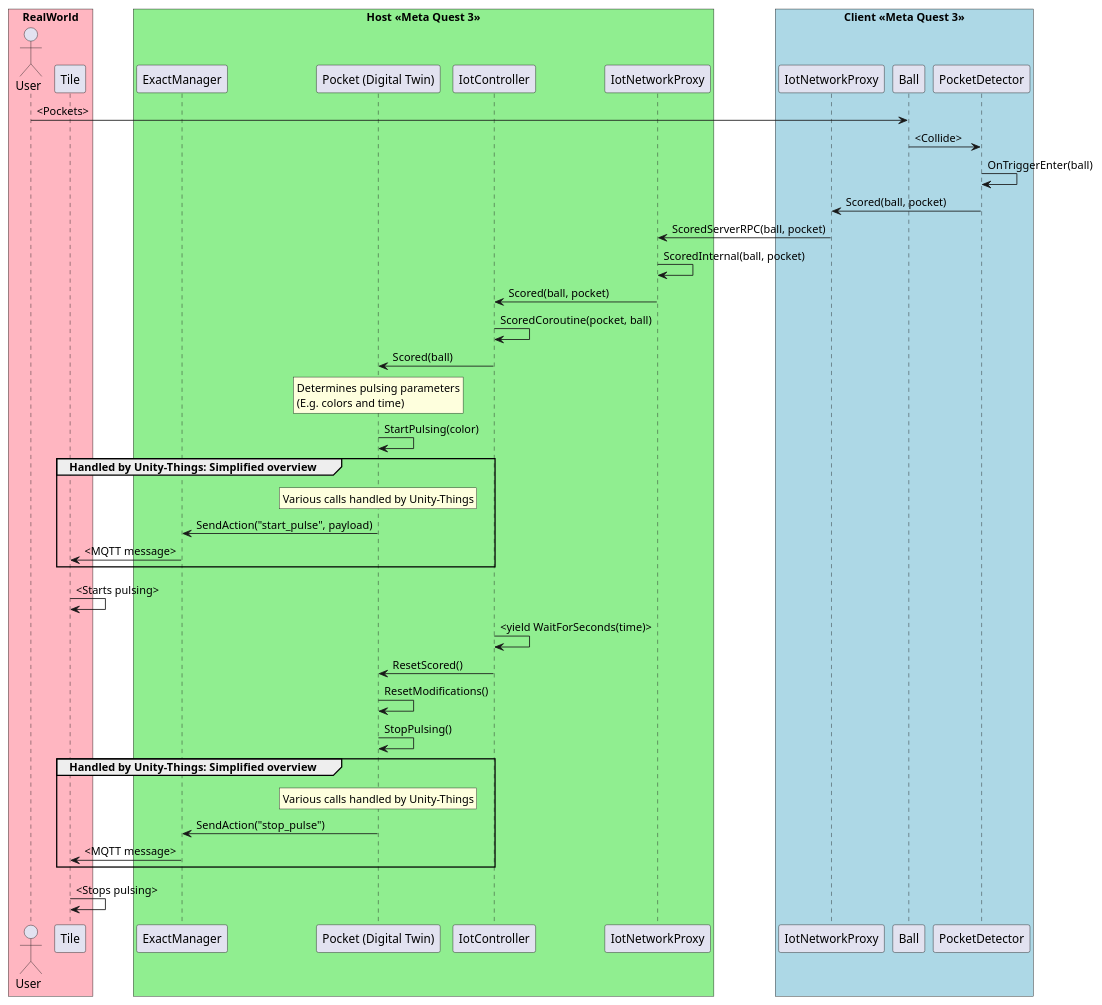
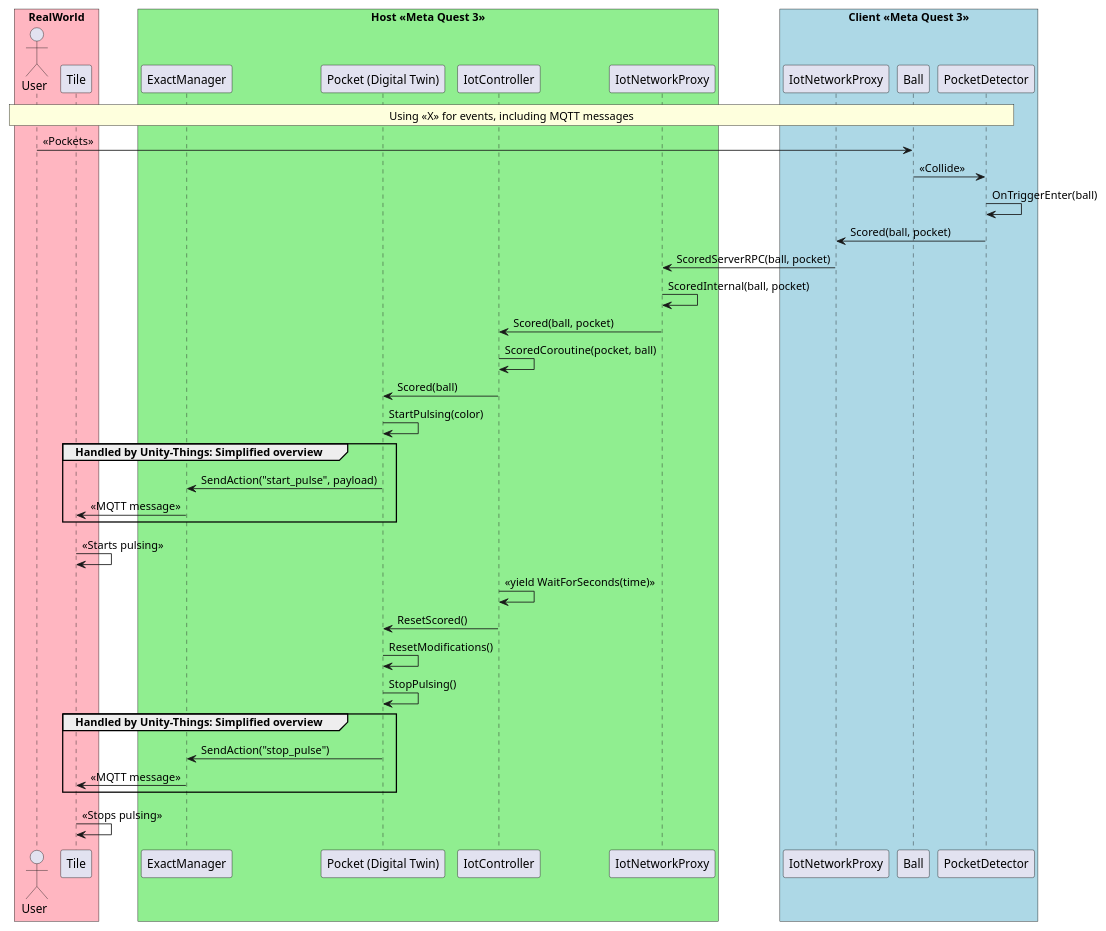
One commit to JorgenMartin/MRIoT changed the diagram in docs/sequenceNARO.puml. Above: the diagram before and after it, drawn with PlantUML. The commit also changed 9 other files, not shown here.

Commit message:
docs: update with diagram changes from the thesis

```diff
--- a/docs/sequenceNARO.puml
+++ b/docs/sequenceNARO.puml
@@ -1,58 +1,61 @@
 @startuml sequenceDiagramNARO
 
 !pragma teoz true
 box "RealWorld" #LightPink
     actor User
     participant Tile
 end box
 
 box "Host <<Meta Quest 3>>" #LightGreen
     participant ExactManager as Exact
     participant "Pocket (Digital Twin)" as DT
     participant IotController as Controller
     participant IotNetworkProxy as NPHost
 end box
 
 box "Client <<Meta Quest 3>>" #LightBlue
     participant IotNetworkProxy as NPClient
     participant Ball
     participant PocketDetector as PDClient
 end box
 
+rnote across
+    Using <<X>> for events, including MQTT messages
+endnote
 
-User -> Ball : <Pockets>
-Ball -> PDClient : <Collide>
+User -> Ball : <<Pockets>>
+Ball -> PDClient : <<Collide>>
 PDClient -> PDClient : OnTriggerEnter(ball)
 PDClient -> NPClient : Scored(ball, pocket)
 NPClient -> NPHost : ScoredServerRPC(ball, pocket)
 NPHost -> NPHost : ScoredInternal(ball, pocket)
 NPHost -> Controller : Scored(ball, pocket)
 Controller -> Controller : ScoredCoroutine(pocket, ball)
 Controller -> DT : Scored(ball)
-rnote over DT
-    Determines pulsing parameters
-    (E.g. colors and time)
-endnote
+' rnote over DT
+'     Determines pulsing parameters
+'     (E.g. colors and time)
+' endnote
 DT -> DT : StartPulsing(color)
 group Handled by Unity-Things: Simplified overview
-    rnote over DT
-        Various calls handled by Unity-Things
-    endnote
+    ' rnote over DT
+    '     Various calls handled by Unity-Things
+    ' endnote
     DT -> Exact : SendAction("start_pulse", payload)
-    Exact -> Tile : <MQTT message>
+    Exact -> Tile : <<MQTT message>>
 end
-Tile -> Tile : <Starts pulsing>
-Controller -> Controller : <yield WaitForSeconds(time)>
+Tile -> Tile : <<Starts pulsing>>
+Controller -> Controller : <<yield WaitForSeconds(time)>>
 Controller -> DT : ResetScored()
 DT -> DT : ResetModifications()
 DT -> DT : StopPulsing()
 group Handled by Unity-Things: Simplified overview
-    rnote over DT
-        Various calls handled by Unity-Things
-    endnote
+    ' rnote over DT
+    '     Various calls handled by Unity-Things
+    ' endnote
     DT -> Exact : SendAction("stop_pulse")
-    Exact -> Tile : <MQTT message>
+    Exact -> Tile : <<MQTT message>>
 end
-Tile -> Tile : <Stops pulsing>
+Tile -> Tile : <<Stops pulsing>>
 
 @enduml
```
